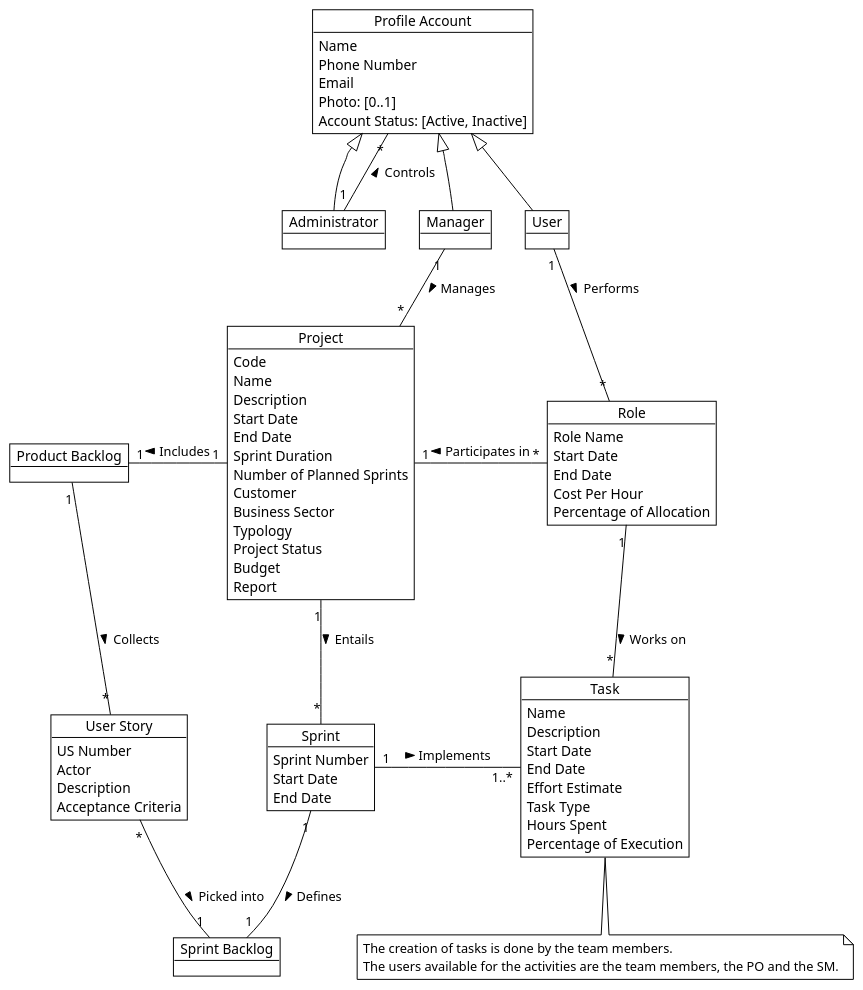
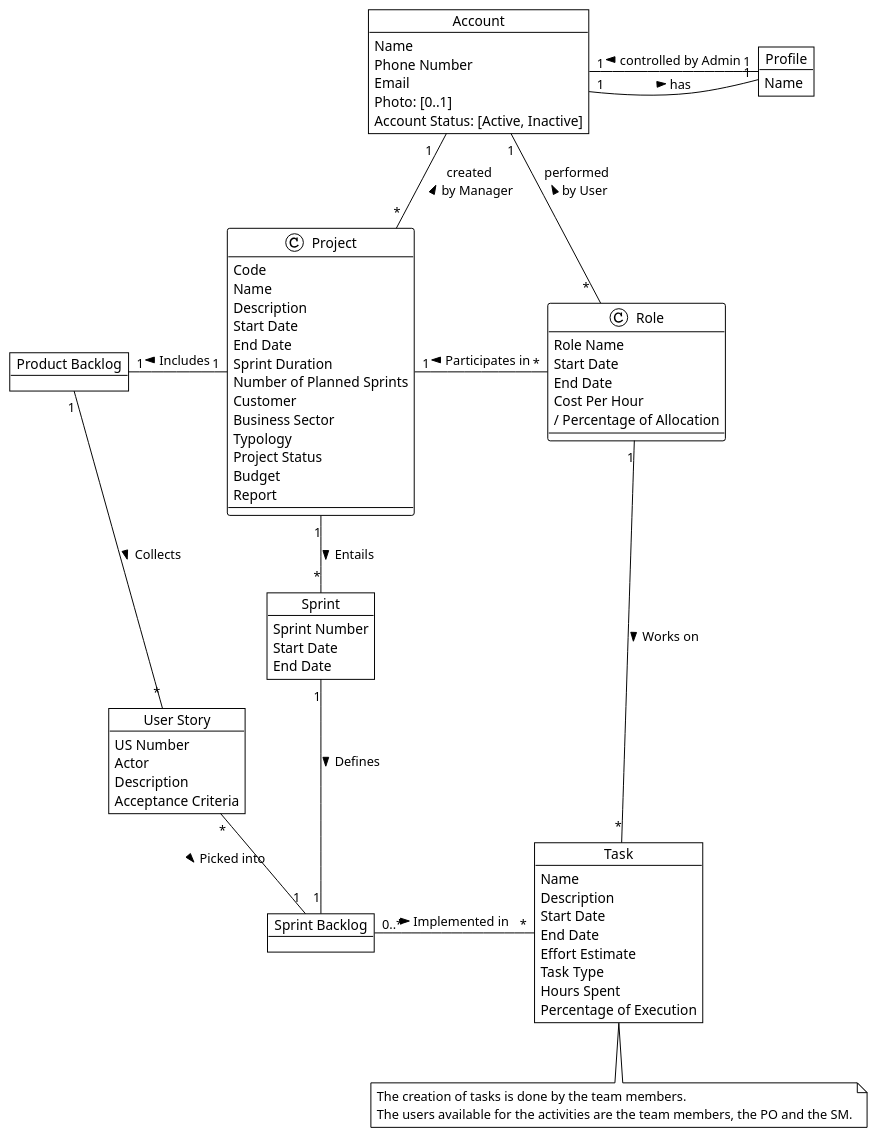
The diagram in docs/modelling_design/domain_model_diagram/domain_model_diagram.puml (ivo-menezes/project_g3), drawn with PlantUML before and after one commit.

Commit message:
Domain model: Analysis: Changes in entities

```diff
--- a/docs/modelling_design/domain_model_diagram/domain_model_diagram.puml
+++ b/docs/modelling_design/domain_model_diagram/domain_model_diagram.puml
@@ -1,103 +1,116 @@
 @startuml
 !theme plain
 
 '--- part relevant to sprint 1
 
-Object "Profile Account" as Account {
+Object Account {
 Name
 Phone Number
 Email
 Photo: [0..1]
 Account Status: [Active, Inactive]
 }
 
-together {
-Object Administrator
-Object Manager
-Object User
+Object Profile {
+Name
 }
 
-Account <|-- Administrator
-Account <|-- Manager
-Account <|-- User
+'together {
+'Object Administrator
+'Object Manager
+'Object User
+'}
+
+'Account <|-- Administrator
+'Account <|-- Manager
+'Account <|-- User
+Account "1"-right- "   1" Profile : has >
+Account "1"-- "1" Profile : controlled by Admin <
+Account "1   " -- "*" Project : created \n by Manager <
+Account "1" -- " *  " Role : performed \n by User <
+'Profile"1" -- "*"Account : controlled by \n administrator <
+'Profile "1"-- "*"Project : created by Manager <
+'Profile"1" -- "*"User : performed by User <
 
 
 Object Project {
 Code
 Name
 Description
 Start Date
 End Date
 Sprint Duration
 Number of Planned Sprints
 Customer
 Business Sector
 Typology
 Project Status
 Budget
 ' Report could be its own conceptual class but we are not modelling with detail yet
 Report
 }
 
 ' following the Association Class Role pattern (Fig.11) from "Modeling Roles"
 ' Role attributes does not include Project Code because Larman says to avoid attributes that are like "foreign keys" (p.126)
 Object Role {
 Role Name
 Start Date
 End Date
 Cost Per Hour
-Percentage of Allocation
+/ Percentage of Allocation
 }
 
 ' here "Controls" includes "creates,lists,changes profile, activates, inactivates"
 ' following Larman p.113 to be parsimonious about associations
-Administrator "1" -up- "*" Account : Controls >
-Manager "1" -down- "*" Project : Manages >
-User "1" -down- "*" Role: Performs >
+'Administrator "1" -up- "*" Account : Controls >
+'Manager "1" -down- "*" Project : Manages >
+'User "1" -down- "*" Role: Performs >
 Role "*" -left- "1" Project: Participates in >
 
 
 '--- additional stuff, not much detail for sprint 1
 ' put enduml tag before this comment to shorten diagram
 Object "Product Backlog" as PB
 
 Object "User Story" as US {
 US Number
 Actor
 Description
 Acceptance Criteria
 }
 
 Object Sprint {
 Sprint Number
 Start Date
 End Date
 }
 
 Object "Sprint Backlog" as SB
 
 Object Task {
 Name
 Description
 Start Date
 End Date
 Effort Estimate
 Task Type
 Hours Spent
 Percentage of Execution
 }
 
+
+
 Project "1" -down- "*" Sprint: Entails >
 Project "1" -left- "1" PB: Includes >
 PB "1" -down- "*" US: Collects >
 Sprint "1" -down- "1" SB: Defines >
 US "*" -right- "1" SB: Picked into >
 
-Sprint "1" -right- "   1..*" Task: Implements >
+SB "0..*" -right- "*" Task: Implemented in >
 Role "1" -down- "*" Task: Works on >
 'note on link: The creation of tasks is done by the team members.\nThe users available for the activities are the team members, the PO and the SM.
 
 note "The creation of tasks is done by the team members.\nThe users available for the activities are the team members, the PO and the SM." as N1
 Task .down. N1
 
 @enduml
```
